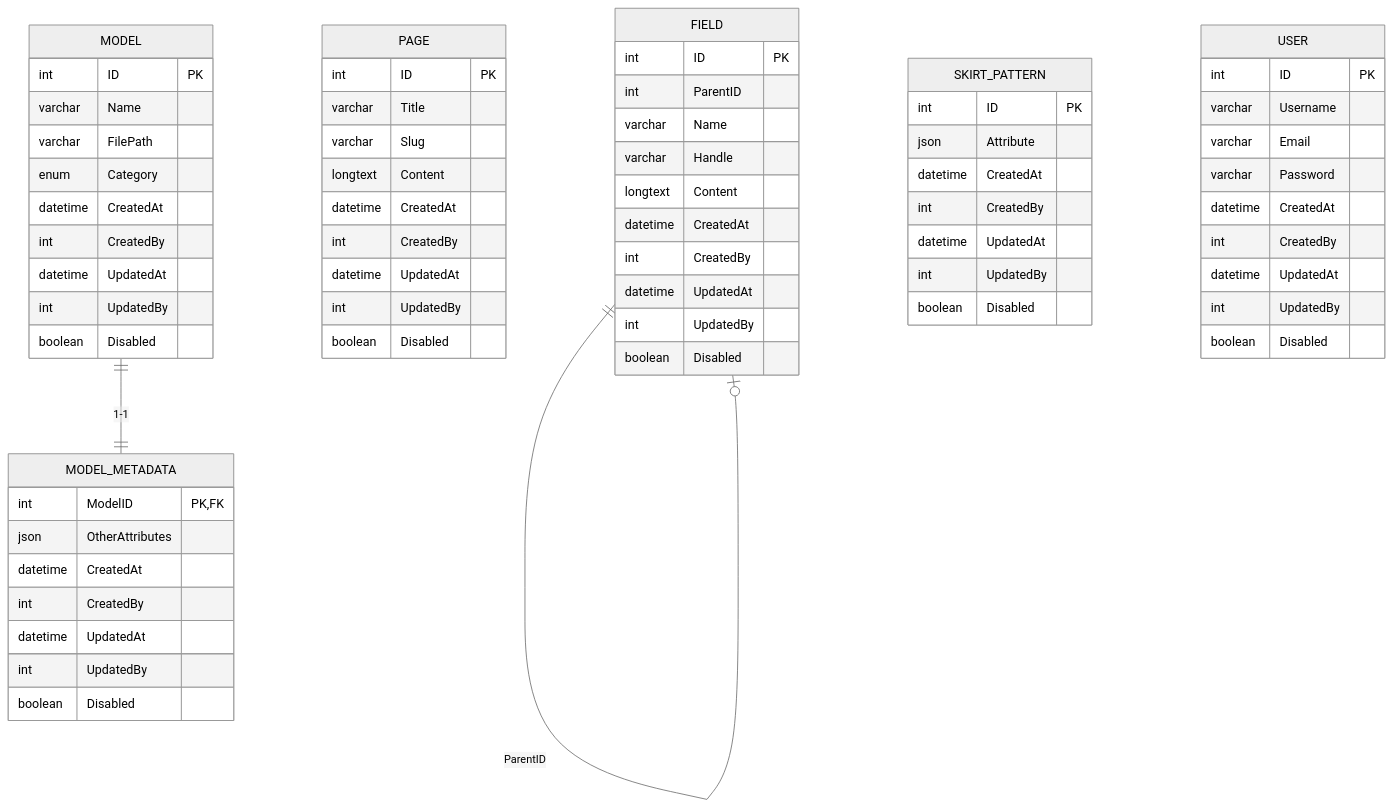
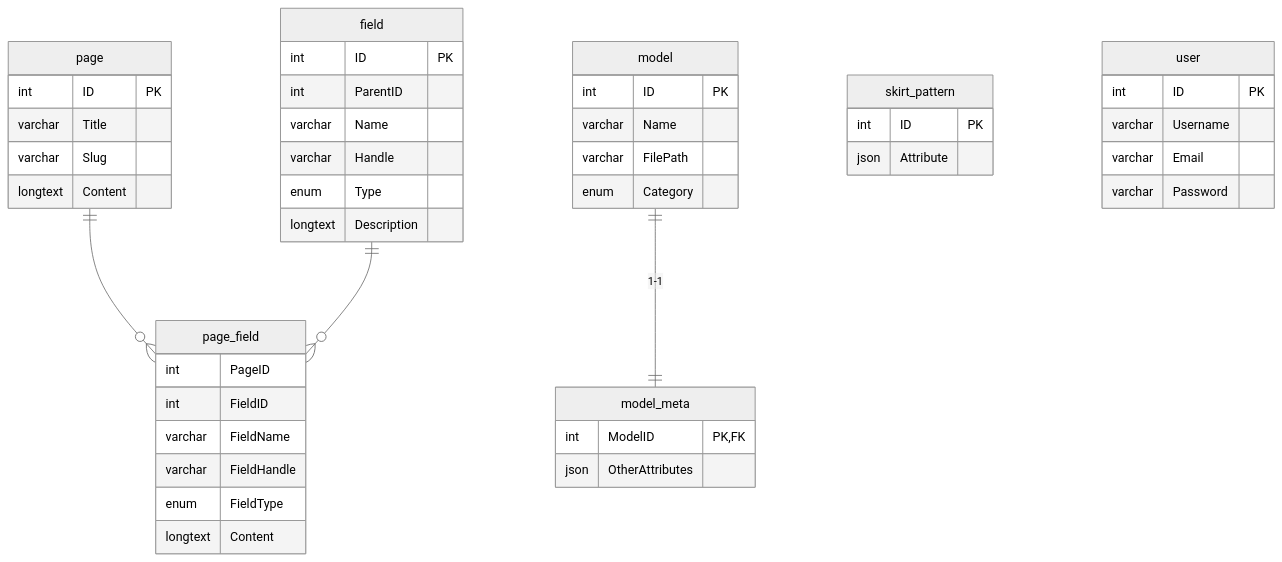
Before and after one commit to BoysInSkirts/BoysInSkirts: the diagram in database/schema.mmd, drawn with Mermaid (neutral theme).

Commit message:
refactor database schema to standardize naming conventions and remove unused fields

```diff
--- a/database/schema.mmd
+++ b/database/schema.mmd
@@ -1,67 +1,49 @@
 erDiagram
-    FIELD {
+    field {
         int ID PK
         int ParentID
         varchar Name
         varchar Handle
-        longtext Content
-        datetime CreatedAt
-        int CreatedBy
-        datetime UpdatedAt
-        int UpdatedBy
-        boolean Disabled
+        enum Type         
+        %%  plain_text, rich_text, link, assets
+        longtext Description
     }
-    PAGE {
+    page {
         int ID PK
         varchar Title
         varchar Slug
         longtext Content
-        datetime CreatedAt
-        int CreatedBy
-        datetime UpdatedAt
-        int UpdatedBy
-        boolean Disabled
     }
-    MODEL {
+    model {
         int ID PK
         varchar Name
         varchar FilePath
         enum Category
-        datetime CreatedAt
-        int CreatedBy
-        datetime UpdatedAt
-        int UpdatedBy
-        boolean Disabled
     }
-    MODEL_METADATA {
+    model_meta {
         int ModelID "PK,FK"
         json OtherAttributes
-        datetime CreatedAt
-        int CreatedBy
-        datetime UpdatedAt
-        int UpdatedBy
-        boolean Disabled
     }
-    SKIRT_PATTERN {
+    skirt_pattern {
         int ID PK
         json Attribute
-        datetime CreatedAt
-        int CreatedBy
-        datetime UpdatedAt
-        int UpdatedBy
-        boolean Disabled
     }
-    USER {
+    user {
         int ID PK
         varchar Username
         varchar Email
         varchar Password
-        datetime CreatedAt
-        int CreatedBy
-        datetime UpdatedAt
-        int UpdatedBy
-        boolean Disabled
+    }
+    page_field {
+        int PageID
+        int FieldID
+        varchar FieldName
+        varchar FieldHandle
+        enum FieldType    
+        %% plain_text, rich_text, link, assets
+        longtext Content
     }
 
-    FIELD ||--o| FIELD : ParentID
-    MODEL ||--|| MODEL_METADATA : "1-1"
+    model ||--|| model_meta : "1-1"
+    page ||--o{ page_field : ""
+    field ||--o{ page_field : ""
```
